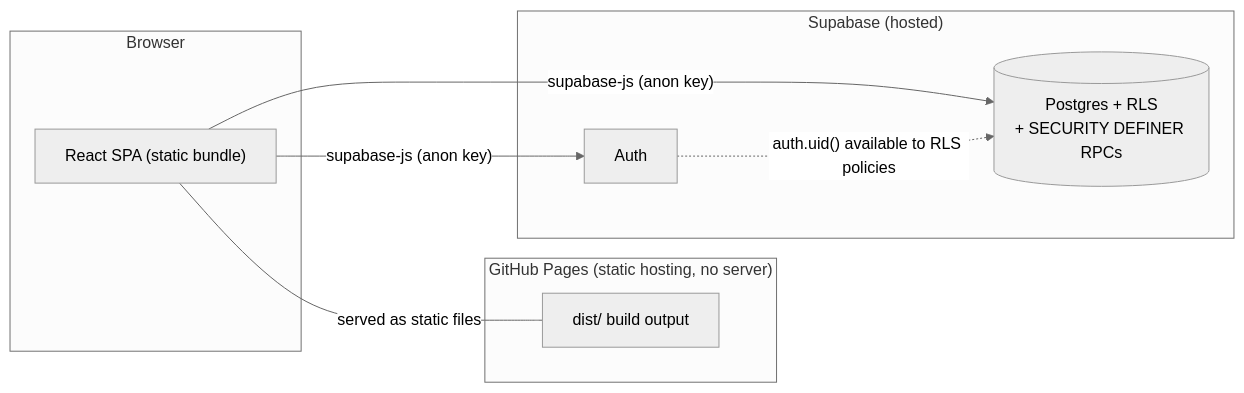
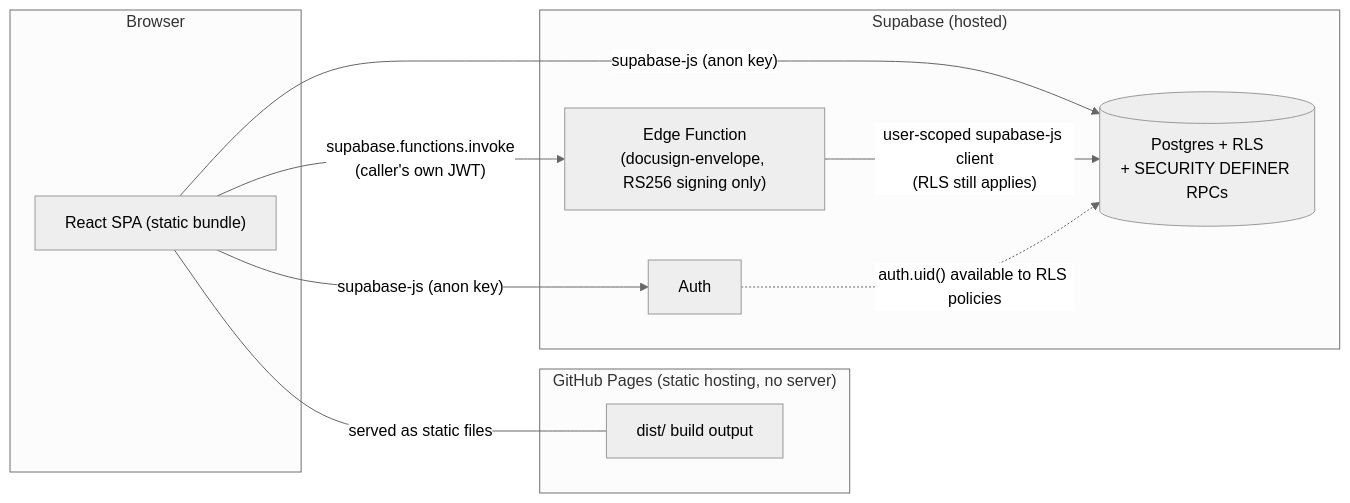
Before and after one commit to venkyi21/sst-freight: the first of 6 diagrams in docs/sdd.md, drawn with Mermaid (neutral theme). The commit also changed other lines of this file and 15 other files, not shown here.

````diff
--- a/docs/sdd.md
+++ b/docs/sdd.md
@@ -16,18 +16,21 @@
 ```mermaid
 flowchart LR
   subgraph Browser
     A["React SPA (static bundle)"]
   end
   subgraph Host["GitHub Pages (static hosting, no server)"]
     B["dist/ build output"]
   end
   subgraph Supabase["Supabase (hosted)"]
     D[Auth]
     C[("Postgres + RLS\n+ SECURITY DEFINER RPCs")]
+    E["Edge Function\n(docusign-envelope, RS256 signing only)"]
   end
 
   A -- "served as static files" --- B
   A -- "supabase-js (anon key)" --> D
   A -- "supabase-js (anon key)" --> C
+  A -- "supabase.functions.invoke\n(caller's own JWT)" --> E
+  E -- "user-scoped supabase-js client\n(RLS still applies)" --> C
   D -. "auth.uid() available to RLS policies" .-> C
 ```
````
